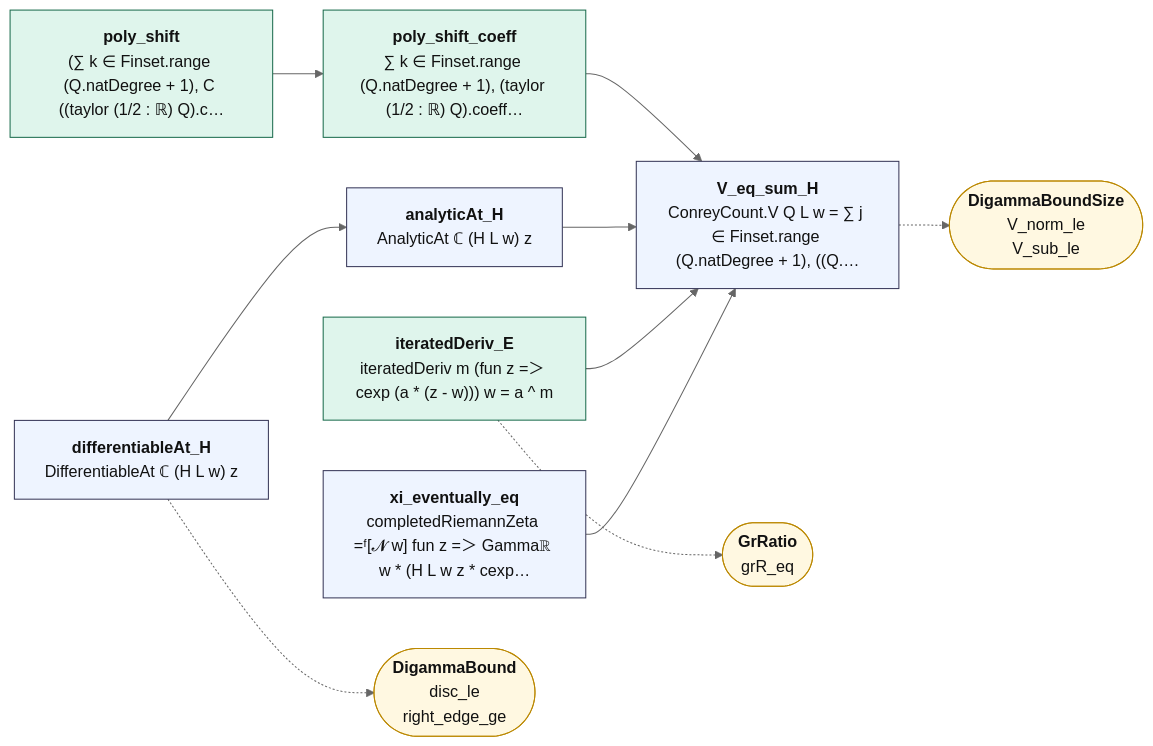
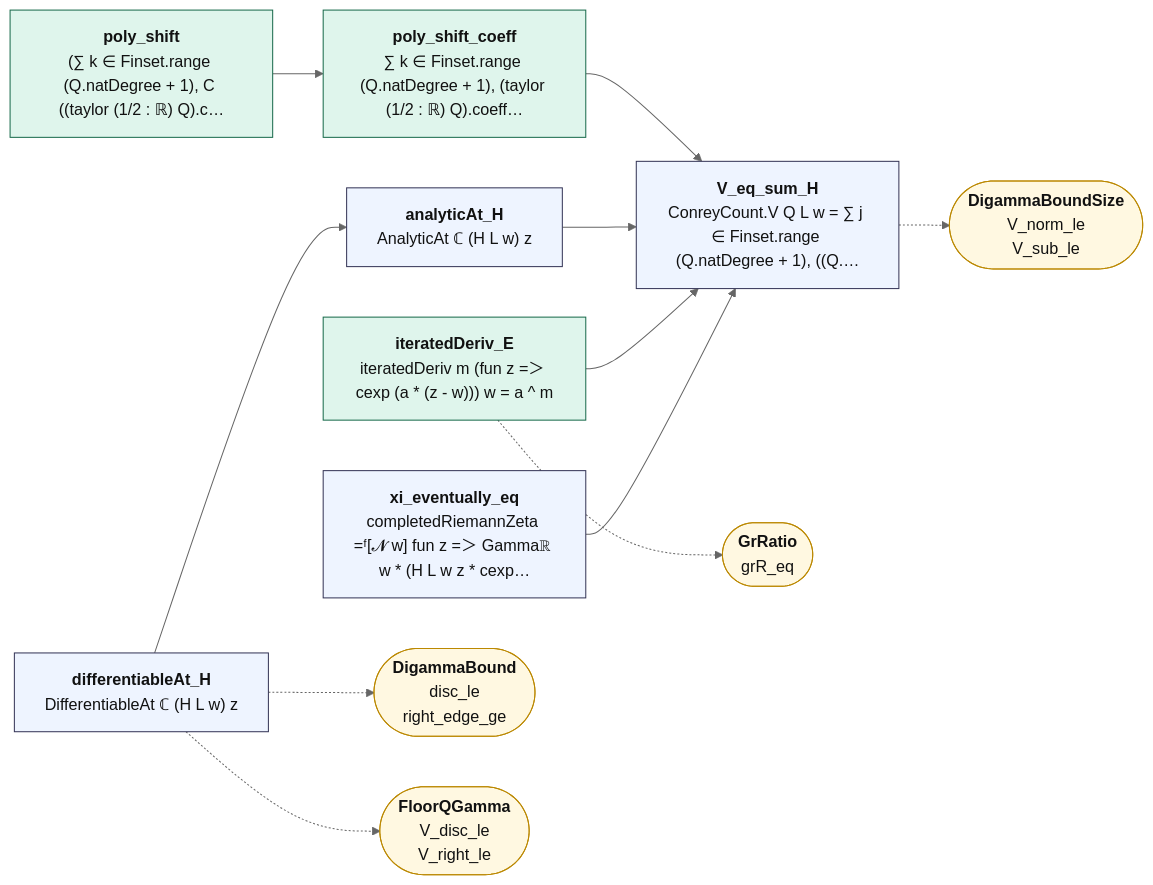
The diagram in map/lean_stage3/DigammaBoundIdentity.md (juliansambranojr/Primebeat_081426), drawn with Mermaid (neutral theme) before and after one commit. The commit also changed other lines of this file and 70 other files, not shown here.

````diff
--- a/map/lean_stage3/DigammaBoundIdentity.md
+++ b/map/lean_stage3/DigammaBoundIdentity.md
@@ -14,30 +14,32 @@
 ```mermaid
 flowchart LR
   n0["<b>poly_shift</b><br/>(∑ k ∈ Finset.range (Q.natDegree + 1), C ((taylor (1/2 : ℝ) Q).c…"]:::cnt
   n1["<b>poly_shift_coeff</b><br/>∑ k ∈ Finset.range (Q.natDegree + 1), (taylor (1/2 : ℝ) Q).coeff…"]:::cnt
   n2["<b>differentiableAt_H</b><br/>DifferentiableAt ℂ (H L w) z"]:::thm
   n3["<b>analyticAt_H</b><br/>AnalyticAt ℂ (H L w) z"]:::thm
   n4["<b>iteratedDeriv_E</b><br/>iteratedDeriv m (fun z =＞ cexp (a * (z - w))) w = a ^ m"]:::cnt
   n5["<b>xi_eventually_eq</b><br/>completedRiemannZeta =ᶠ[𝓝 w] fun z =＞ Gammaℝ w * (H L w z * cexp…"]:::thm
   n6["<b>V_eq_sum_H</b><br/>ConreyCount.V Q L w = ∑ j ∈ Finset.range (Q.natDegree + 1), ((Q.…"]:::thm
   x0(["<b>DigammaBound</b><br/>disc_le<br/>right_edge_ge"]):::ext
-  x1(["<b>GrRatio</b><br/>grR_eq"]):::ext
-  x2(["<b>DigammaBoundSize</b><br/>V_norm_le<br/>V_sub_le"]):::ext
+  x1(["<b>FloorQGamma</b><br/>V_disc_le<br/>V_right_le"]):::ext
+  x2(["<b>GrRatio</b><br/>grR_eq"]):::ext
+  x3(["<b>DigammaBoundSize</b><br/>V_norm_le<br/>V_sub_le"]):::ext
   n0 --> n1
   n1 --> n6
   n2 --> n3
   n3 --> n6
   n4 --> n6
   n5 --> n6
   n2 -.-> x0
-  n4 -.-> x1
-  n6 -.-> x2
+  n2 -.-> x1
+  n4 -.-> x2
+  n6 -.-> x3
   classDef cnt fill:#dff5ec,stroke:#17694a,color:#111
   classDef shp fill:#f1ecfb,stroke:#5b3fa0,color:#111
   classDef rh fill:#ffe5e5,stroke:#c22,color:#111,stroke-width:2px
   classDef thm fill:#eef4ff,stroke:#335,color:#111
   classDef end_ fill:#e7f7e7,stroke:#2a7,color:#111,stroke-width:2px
   classDef lone fill:#fff,stroke:#999,color:#111,stroke-dasharray:4 3
   classDef bad fill:#ffe5e5,stroke:#c22,color:#111,stroke-width:2px
   classDef ext fill:#fff8e1,stroke:#b80,color:#111
 ```
````
